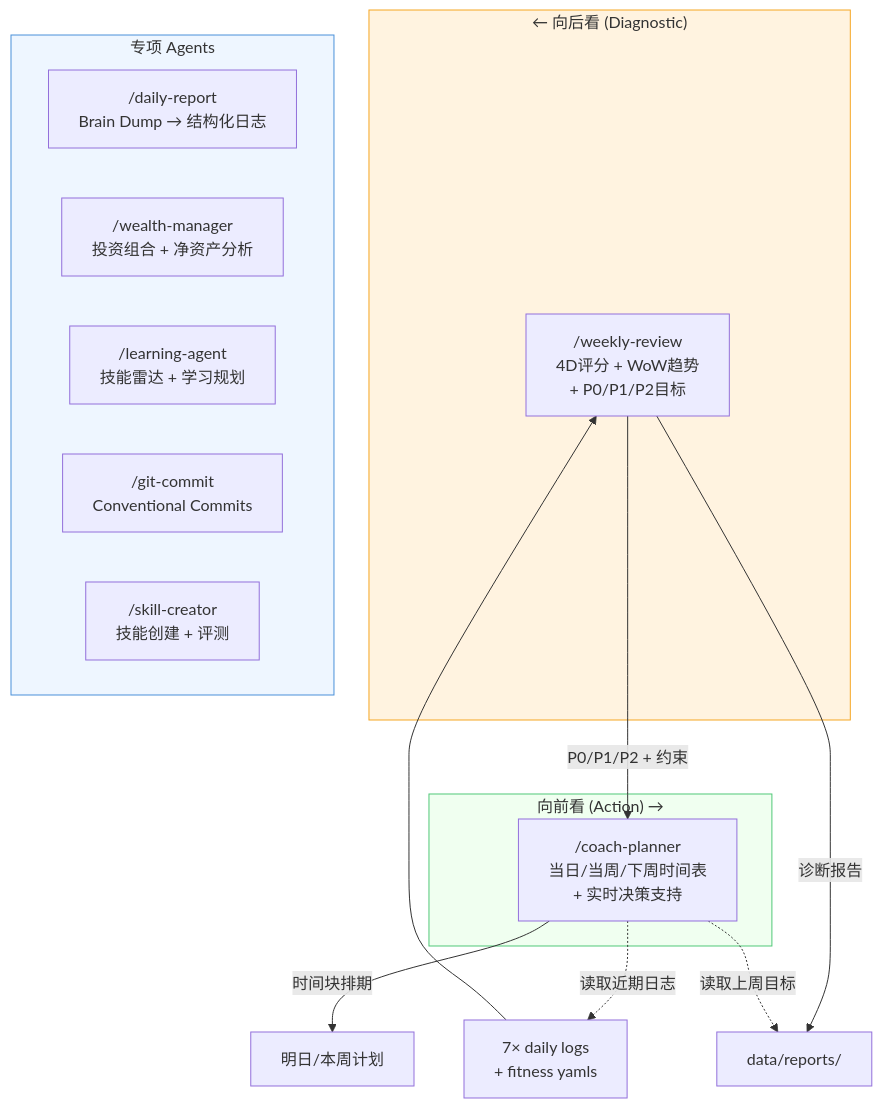
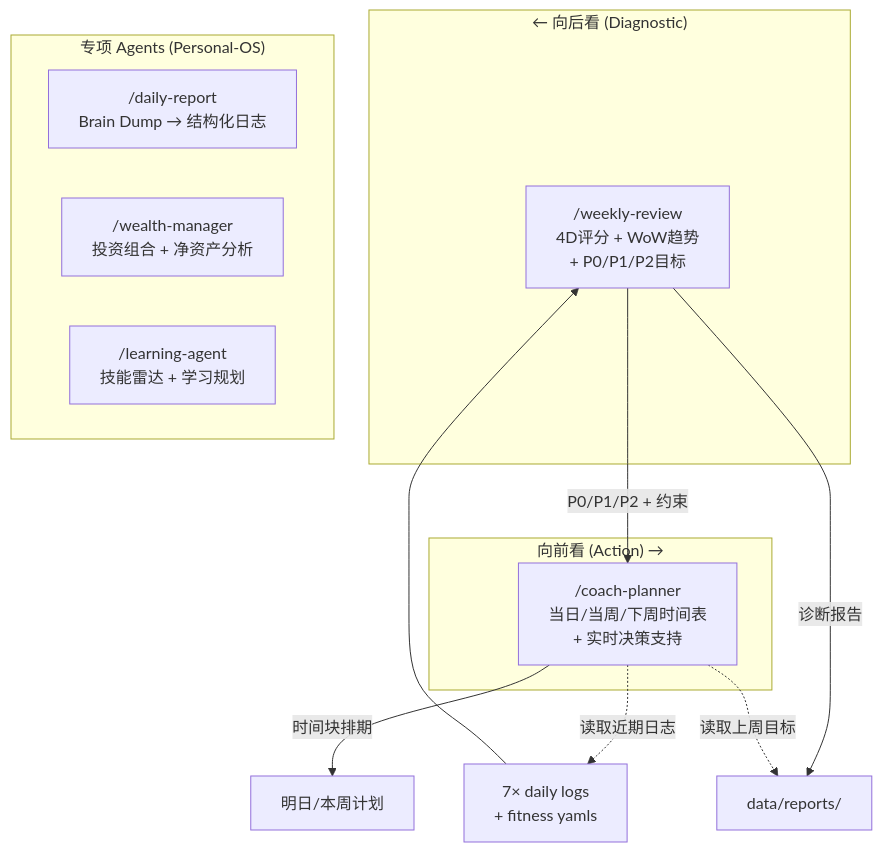
One commit to KelvinYou/personal-os changed the sixth of 7 diagrams in architecture.md. Above: the diagram before and after it, drawn with Mermaid. The commit also changed other lines of this file, not shown here.

First line of the commit message:
docs(architecture): add preamble, library layer, and invariants sections

````diff
--- a/architecture.md
+++ b/architecture.md
@@ -279,30 +259,24 @@
 ```mermaid
 graph TD
     subgraph Backward ["← 向后看 (Diagnostic)"]
         WR["/weekly-review\n4D评分 + WoW趋势\n+ P0/P1/P2目标"]
     end
 
     subgraph Forward ["向前看 (Action) →"]
         CP["/coach-planner\n当日/当周/下周时间表\n+ 实时决策支持"]
     end
 
-    subgraph Specialists ["专项 Agents"]
+    subgraph Specialists ["专项 Agents (Personal-OS)"]
         DR["/daily-report\nBrain Dump → 结构化日志"]
         WM["/wealth-manager\n投资组合 + 净资产分析"]
         LA["/learning-agent\n技能雷达 + 学习规划"]
-        GC["/git-commit\nConventional Commits"]
-        SC["/skill-creator\n技能创建 + 评测"]
     end
 
     LOGS["7× daily logs\n+ fitness yamls"] --> WR
     WR -- "P0/P1/P2 + 约束" --> CP
     WR -- "诊断报告" --> REPORT["data/reports/"]
 
     CP -- "时间块排期" --> SCHED["明日/本周计划"]
     CP -. "读取近期日志" .-> LOGS
     CP -. "读取上周目标" .-> REPORT
-
-    style Backward fill:#FFF3E0,stroke:#F5A623
-    style Forward fill:#F0FFF0,stroke:#50C878
-    style Specialists fill:#EEF6FF,stroke:#4A90D9
 ```
````
